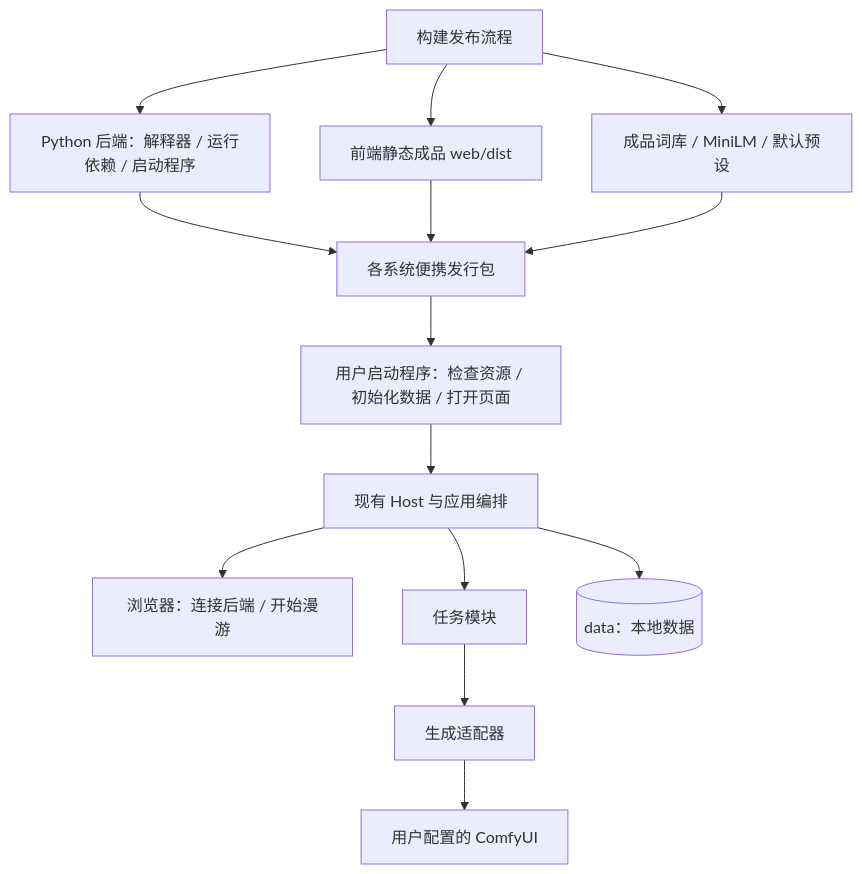
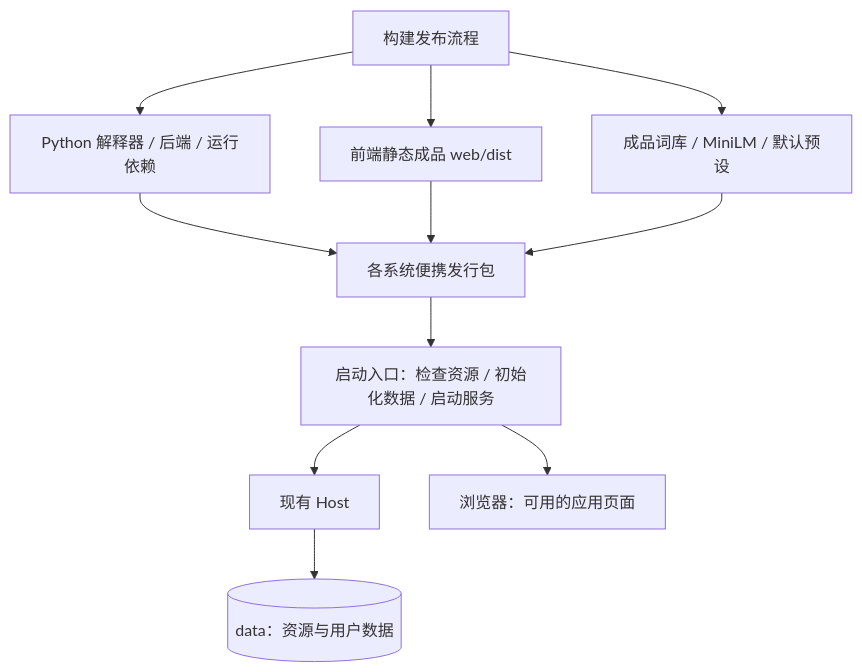
Before and after one commit to Lykr/pictide: the first of 2 diagrams in docs/issues/automatic-startup.md, drawn with Mermaid. The commit also changed other lines of this file and 1 other file, not shown here.

````diff
--- a/docs/issues/automatic-startup.md
+++ b/docs/issues/automatic-startup.md
@@ -11,16 +11,13 @@
 ```mermaid
 flowchart TD
-    Build["构建发布流程"] --> Python["Python 后端：解释器 / 运行依赖 / 启动程序"]
+    Build["构建发布流程"] --> Python["Python 解释器 / 后端 / 运行依赖"]
     Build --> Web["前端静态成品 web/dist"]
     Build --> Assets["成品词库 / MiniLM / 默认预设"]
     Python --> Package["各系统便携发行包"]
     Web --> Package
     Assets --> Package
-    Package --> Start["用户启动程序：检查资源 / 初始化数据 / 打开页面"]
-    Start --> Host["现有 Host 与应用编排"]
-    Host --> UI["浏览器：连接后端 / 开始漫游"]
-    Host --> Task["任务模块"]
-    Task --> Generation["生成适配器"]
-    Generation --> Comfy["用户配置的 ComfyUI"]
-    Host --> Data[("data：本地数据")]
+    Package --> Start["启动入口：检查资源 / 初始化数据 / 启动服务"]
+    Start --> Host["现有 Host"]
+    Start --> UI["浏览器：可用的应用页面"]
+    Host --> Data[("data：资源与用户数据")]
 ```
````
